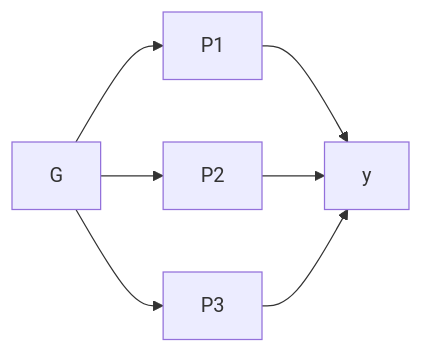
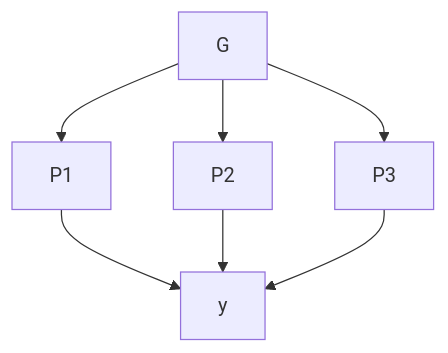
One commit to jinghuazhao/INF changed the second of 2 diagrams in docs/rsid/README.md. Above: the diagram before and after it, drawn with Mermaid.

````diff
--- a/docs/rsid/README.md
+++ b/docs/rsid/README.md
@@ -143,9 +143,9 @@
 ```mermaid
-graph LR;
+graph TD;
 G --> P1
 G --> P2
 G --> P3
 P1 --> y
 P2 --> y
 P3 --> y
 ```
````
